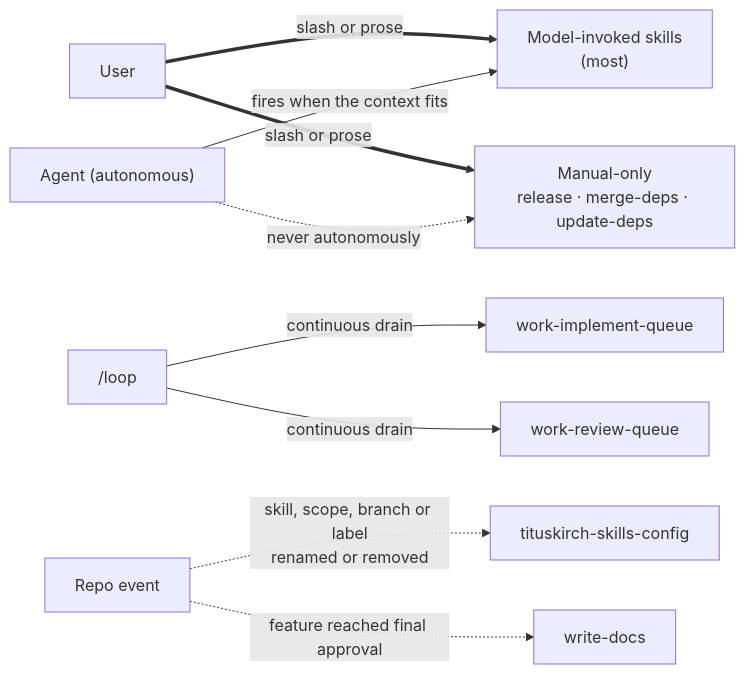
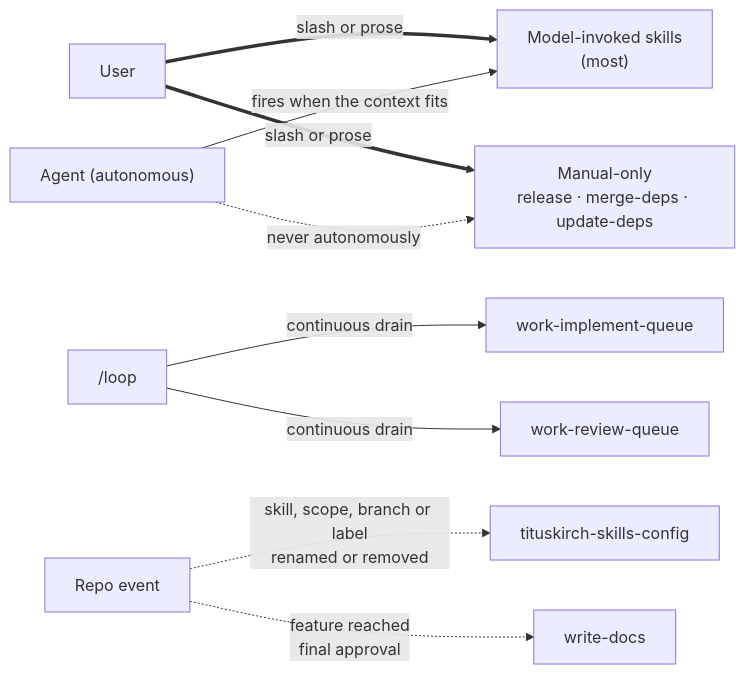
One commit to TitusKirch/skills changed the first of 2 diagrams in docs/3.concepts/1.skill-interplay.md. Above: the diagram before and after it, drawn with Mermaid. The commit also changed other lines of this file and 1 other file, not shown here.

First line of the commit message:
docs: make the concept diagrams readable

````diff
--- a/docs/3.concepts/1.skill-interplay.md
+++ b/docs/3.concepts/1.skill-interplay.md
@@ -27,23 +27,23 @@
 ```mermaid
 flowchart LR
   U["User"]
   AG["Agent (autonomous)"]
   LOOP["/loop"]
   EV["Repo event"]
 
   MI["Model-invoked skills<br/>(most)"]
   MO["Manual-only<br/>release · merge-deps · update-deps"]
   WIQ["work-implement-queue"]
   WRQ["work-review-queue"]
   CFG["tituskirch-skills-config"]
   WD["write-docs"]
 
   U ==>|"slash or prose"| MI
   U ==>|"slash or prose"| MO
   AG -->|"fires when the context fits"| MI
   AG -.->|"never autonomously"| MO
   LOOP -->|"continuous drain"| WIQ
   LOOP -->|"continuous drain"| WRQ
   EV -.->|"skill, scope, branch or label<br/>renamed or removed"| CFG
-  EV -.->|"feature reached final approval"| WD
+  EV -.->|"feature reached<br/>final approval"| WD
 ```
````
